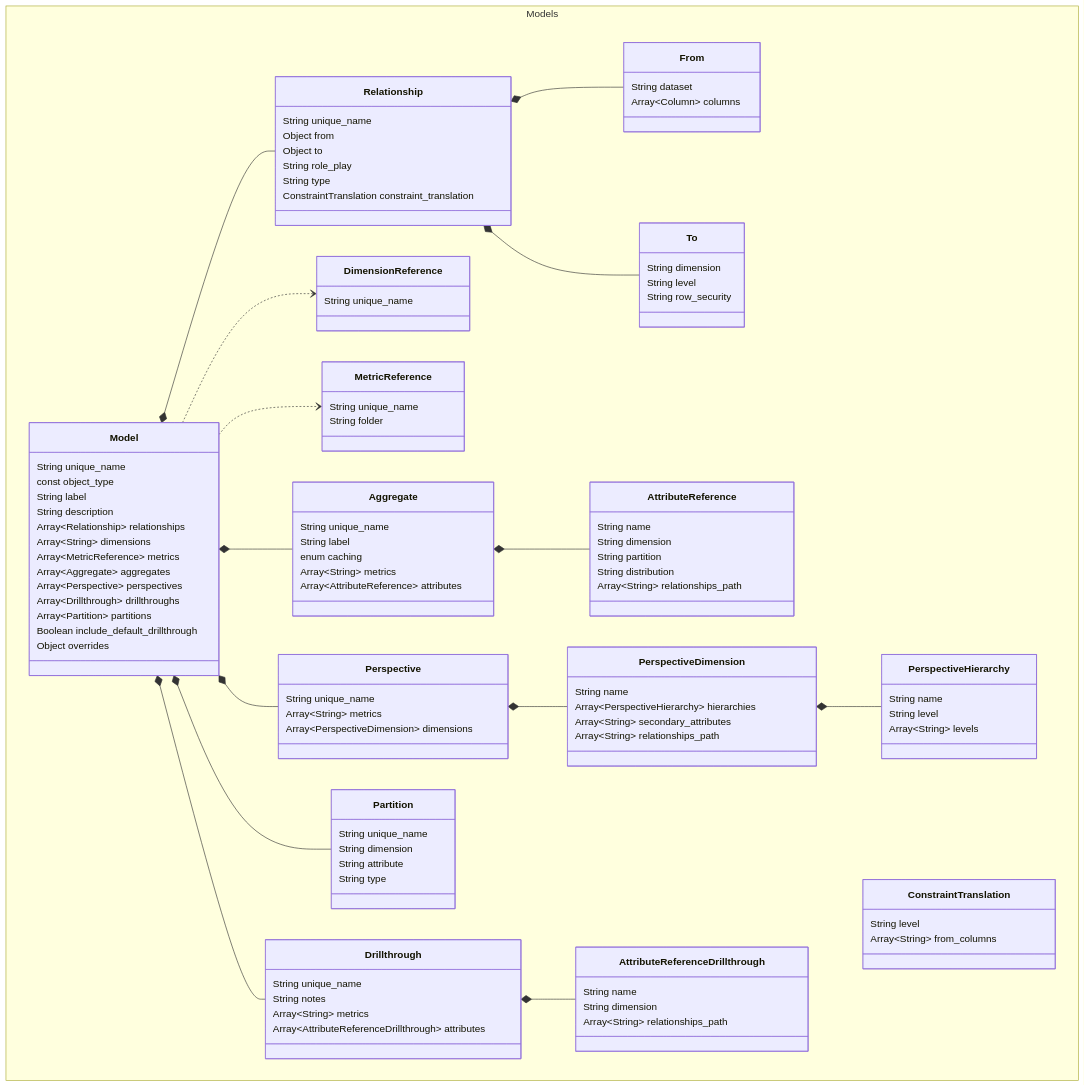
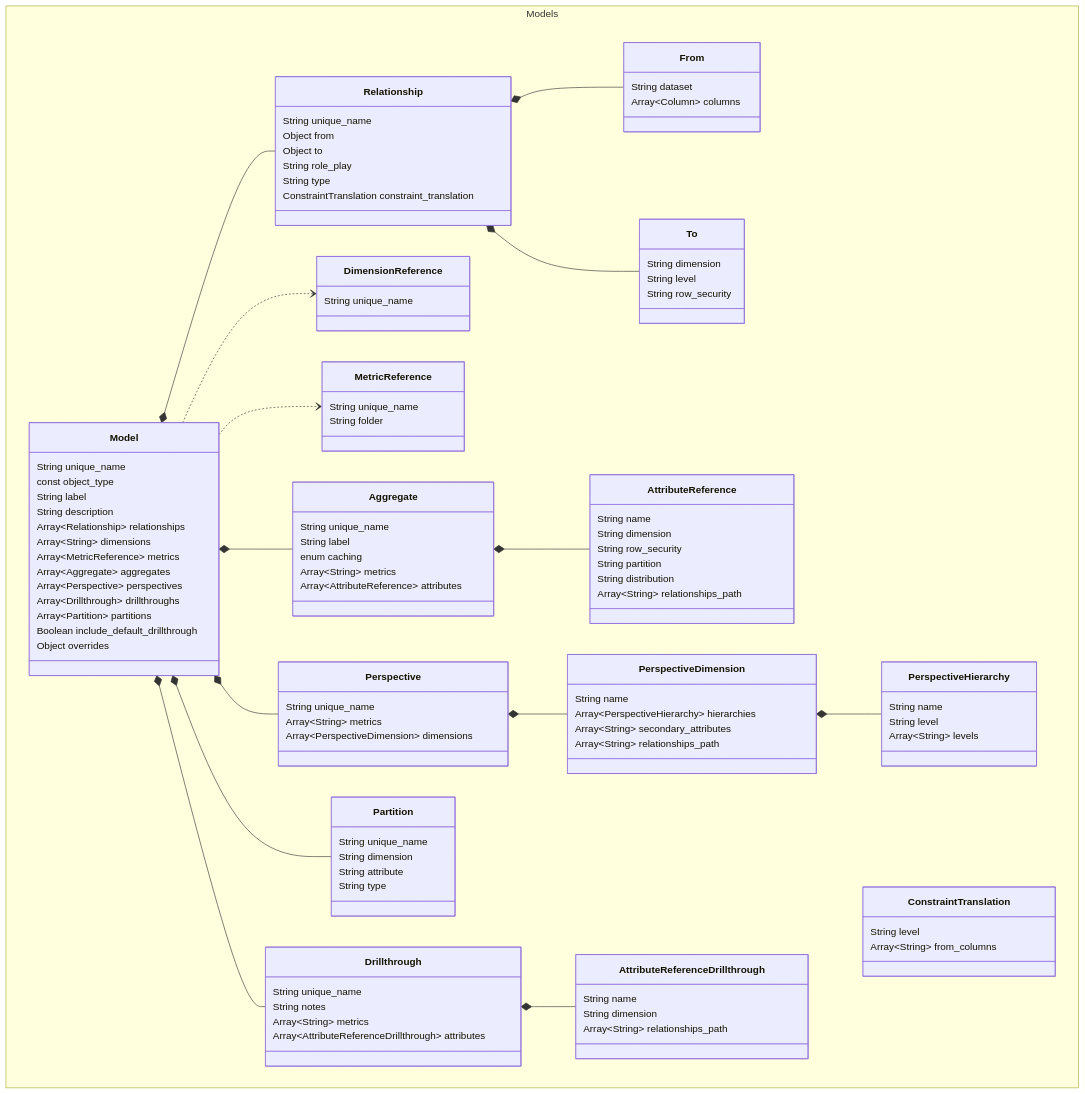
The diagram in sml-reference/model.md (semanticdatalayer/SML), drawn with Mermaid before and after one commit. The commit also changed other lines of this file and 3 other files, not shown here.

```diff
--- a/sml-reference/model.md
+++ b/sml-reference/model.md
@@ -248,6 +248,7 @@
     class AttributeReference{
       String name
       String dimension
+      String row_security
       String partition
       String distribution
       Array~String~ relationships_path
```
